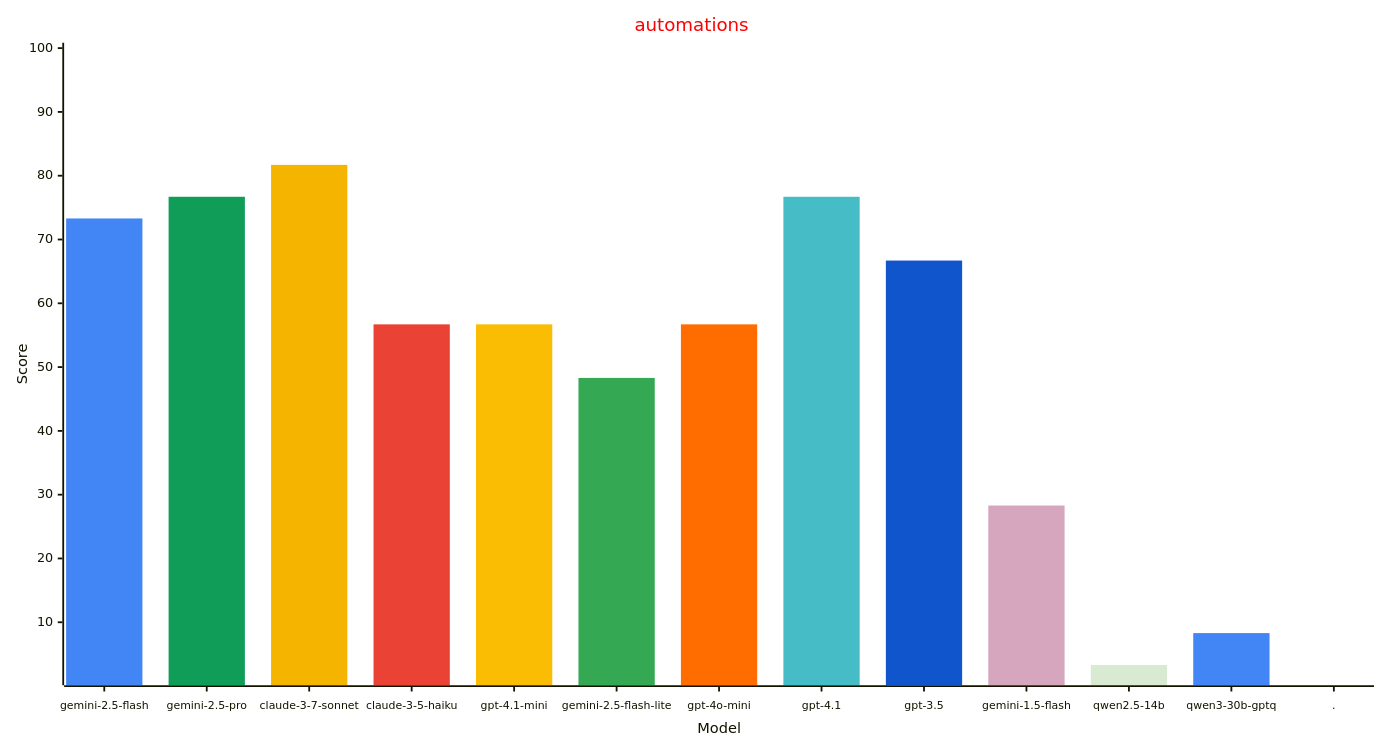
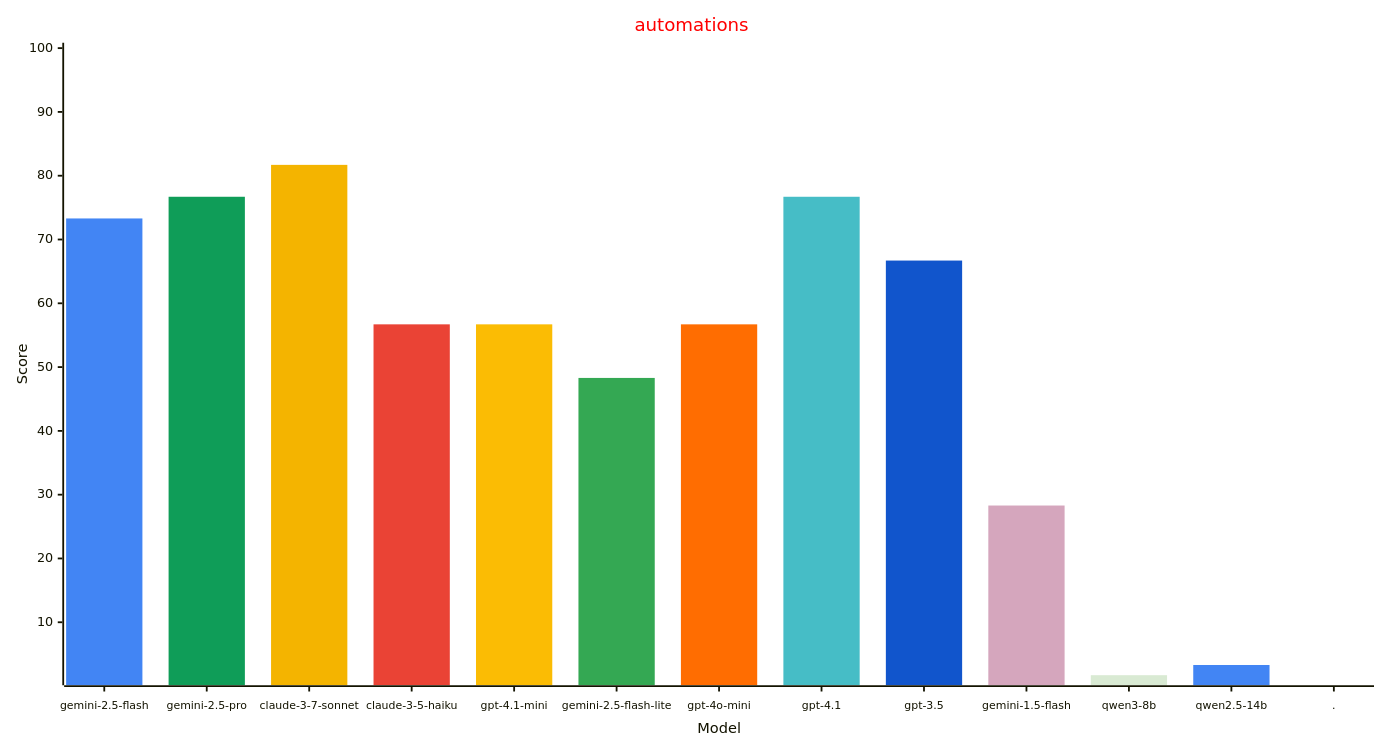
Before and after one commit to allenporter/home-assistant-datasets: the fourth of 4 diagrams in reports/README.md, drawn with Mermaid. The commit also changed other lines of this file and 1089 other files, not shown here.

````diff
--- a/reports/README.md
+++ b/reports/README.md
@@ -210,33 +211,33 @@
 ```mermaid
 ---
 config:
     xyChart:
         width: 1500
         height: 800
         xAxis:
           labelFontSize: 12
           labelPadding: 8
     themeVariables:
         xyChart:
             titleColor: "#ff0000"
             plotColorPalette: "#4285f4, #0f9d58, #f4b400, #ea4335, #fbbc04, #34a853, #ff6d01, #46bdc6, #1155cc, #d5a6bd, #d9ead3, #4285f4, #4285f4"
 
 ---
 xychart-beta
   title "automations"
-  x-axis "Model" [gemini-2.5-flash, gemini-2.5-pro, claude-3-7-sonnet, claude-3-5-haiku, gpt-4.1-mini, gemini-2.5-flash-lite, gpt-4o-mini, gpt-4.1, gpt-3.5, gemini-1.5-flash, qwen2.5-14b, qwen3-30b-gptq, .]
+  x-axis "Model" [gemini-2.5-flash, gemini-2.5-pro, claude-3-7-sonnet, claude-3-5-haiku, gpt-4.1-mini, gemini-2.5-flash-lite, gpt-4o-mini, gpt-4.1, gpt-3.5, gemini-1.5-flash, qwen3-8b, qwen2.5-14b, .]
   y-axis "Score" 1 --> 100
   bar [73.3, 0.0, 0.0, 0.0, 0.0, 0.0, 0.0, 0.0, 0.0, 0.0, 0.0, 0.0, 0.0]
   bar [0.0, 76.7, 0.0, 0.0, 0.0, 0.0, 0.0, 0.0, 0.0, 0.0, 0.0, 0.0, 0.0]
   bar [0.0, 0.0, 81.7, 0.0, 0.0, 0.0, 0.0, 0.0, 0.0, 0.0, 0.0, 0.0, 0.0]
   bar [0.0, 0.0, 0.0, 56.7, 0.0, 0.0, 0.0, 0.0, 0.0, 0.0, 0.0, 0.0, 0.0]
   bar [0.0, 0.0, 0.0, 0.0, 56.7, 0.0, 0.0, 0.0, 0.0, 0.0, 0.0, 0.0, 0.0]
   bar [0.0, 0.0, 0.0, 0.0, 0.0, 48.3, 0.0, 0.0, 0.0, 0.0, 0.0, 0.0, 0.0]
   bar [0.0, 0.0, 0.0, 0.0, 0.0, 0.0, 56.7, 0.0, 0.0, 0.0, 0.0, 0.0, 0.0]
   bar [0.0, 0.0, 0.0, 0.0, 0.0, 0.0, 0.0, 76.7, 0.0, 0.0, 0.0, 0.0, 0.0]
   bar [0.0, 0.0, 0.0, 0.0, 0.0, 0.0, 0.0, 0.0, 66.7, 0.0, 0.0, 0.0, 0.0]
   bar [0.0, 0.0, 0.0, 0.0, 0.0, 0.0, 0.0, 0.0, 0.0, 28.3, 0.0, 0.0, 0.0]
-  bar [0.0, 0.0, 0.0, 0.0, 0.0, 0.0, 0.0, 0.0, 0.0, 0.0, 3.3, 0.0, 0.0]
-  bar [0.0, 0.0, 0.0, 0.0, 0.0, 0.0, 0.0, 0.0, 0.0, 0.0, 0.0, 8.3, 0.0]
+  bar [0.0, 0.0, 0.0, 0.0, 0.0, 0.0, 0.0, 0.0, 0.0, 0.0, 1.7, 0.0, 0.0]
+  bar [0.0, 0.0, 0.0, 0.0, 0.0, 0.0, 0.0, 0.0, 0.0, 0.0, 0.0, 3.3, 0.0]
   bar [0.0, 0.0, 0.0, 0.0, 0.0, 0.0, 0.0, 0.0, 0.0, 0.0, 0.0, 0.0, -1.0]
 ```
````
